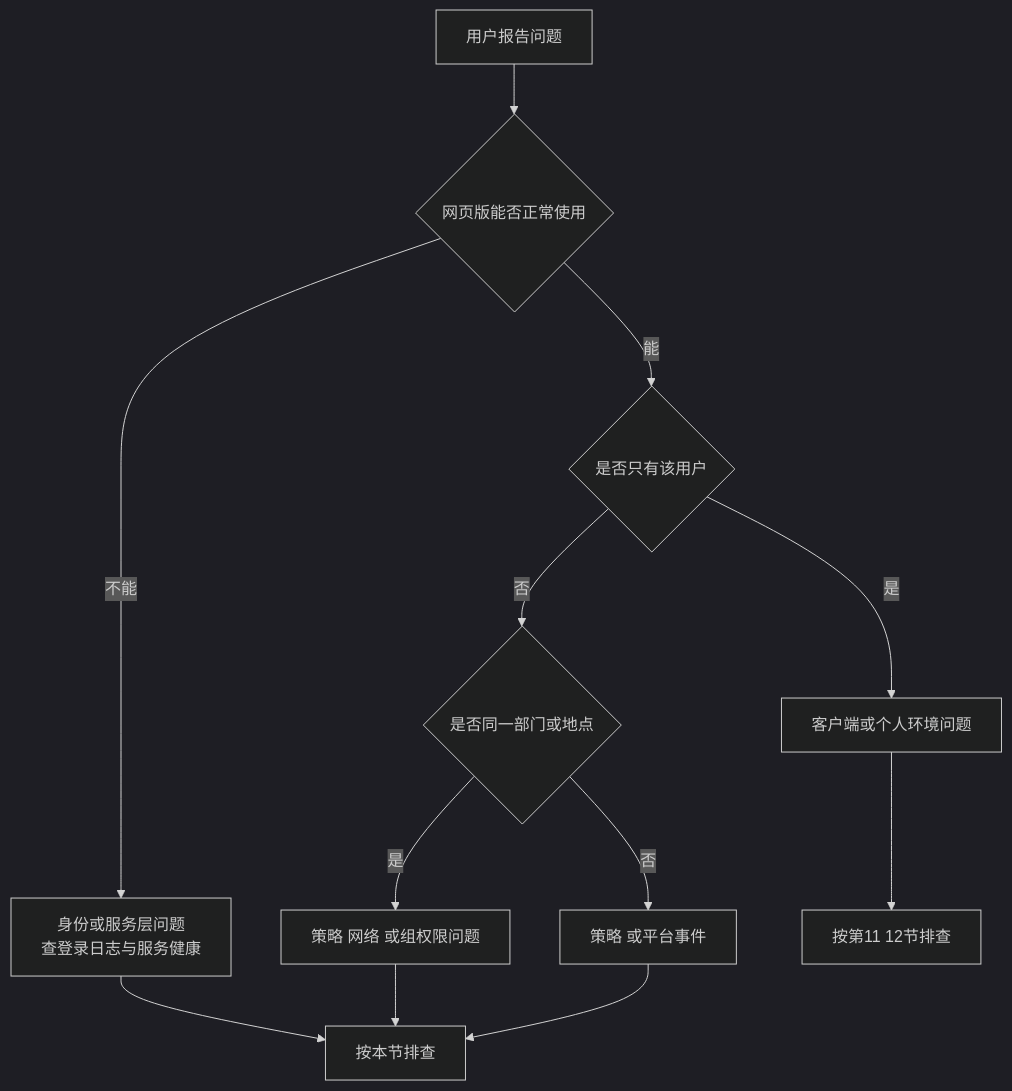
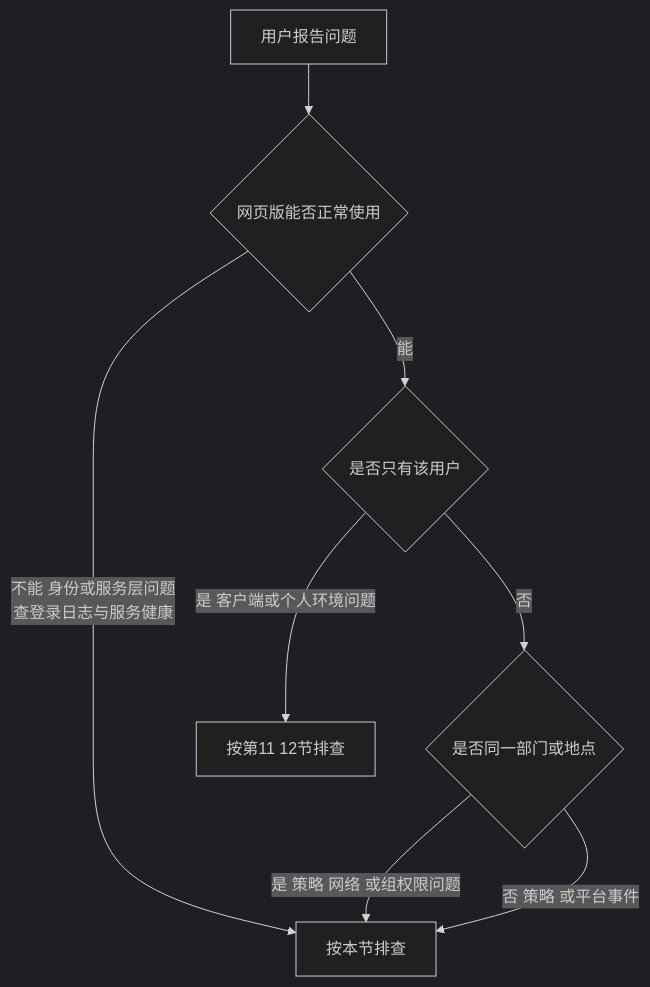
One commit to zerioo1970/summary changed the first of 3 diagrams in Microsoft-365企业导入实施方案/06-上线运维与培训/10-故障排查-登录与MFA.md. Above: the diagram before and after it, drawn with Mermaid (dark theme). The commit also changed 14 other files, not shown here.

First line of the commit message:
fix(docs): 修正 Mermaid 图渲染问题（15 个文件）

````diff
--- a/Microsoft-365企业导入实施方案/06-上线运维与培训/10-故障排查-登录与MFA.md
+++ b/Microsoft-365企业导入实施方案/06-上线运维与培训/10-故障排查-登录与MFA.md
@@ -40,14 +40,10 @@
 ```mermaid
 graph TD
     A[用户报告问题] --> B{网页版能否正常使用}
-    B -->|不能| C[身份或服务层问题<br/>查登录日志与服务健康]
+    B -->|不能 身份或服务层问题<br/>查登录日志与服务健康| Y[按本节排查]
     B -->|能| D{是否只有该用户}
-    D -->|是| E[客户端或个人环境问题]
+    D -->|是 客户端或个人环境问题| Z[按第11 12节排查]
     D -->|否| F{是否同一部门或地点}
-    F -->|是| G[策略 网络 或组权限问题]
-    F -->|否| H[策略 或平台事件]
-    C --> I[按本节排查]
-    E --> J[按第11 12节排查]
-    G --> I
-    H --> I
+    F -->|是 策略 网络 或组权限问题| Y
+    F -->|否 策略 或平台事件| Y
 ```
````
